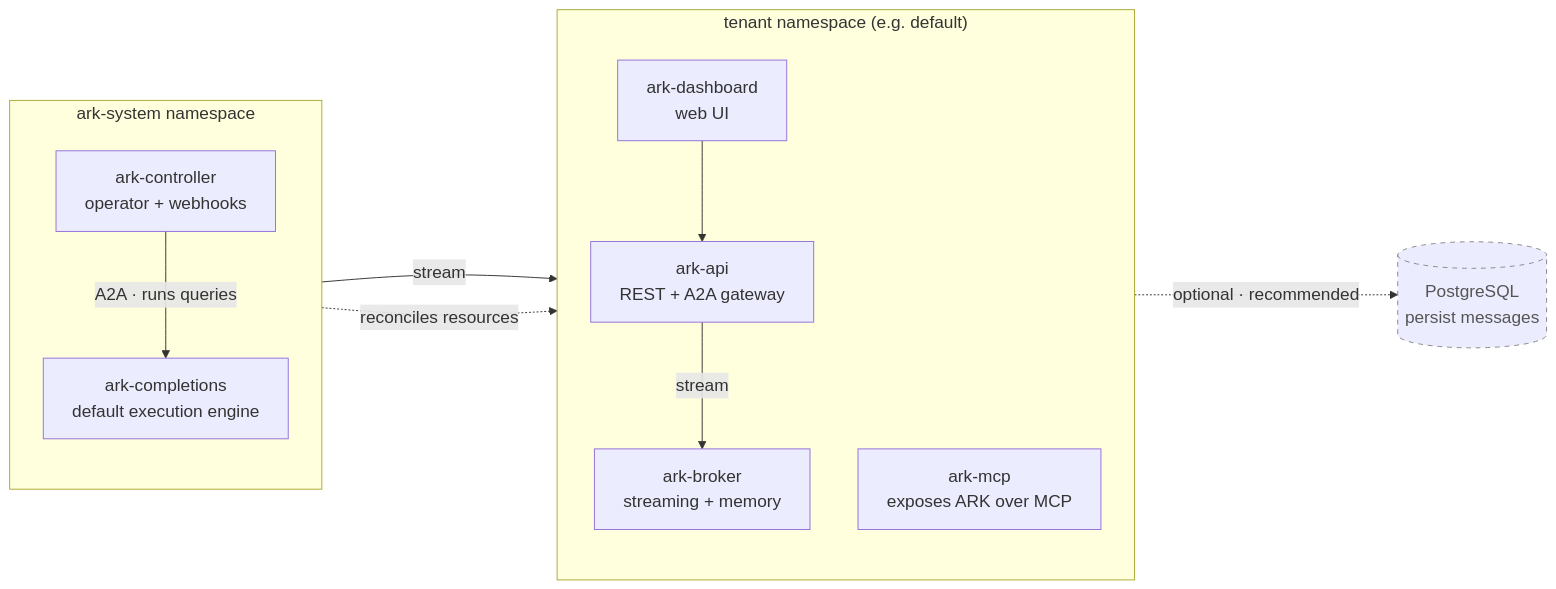
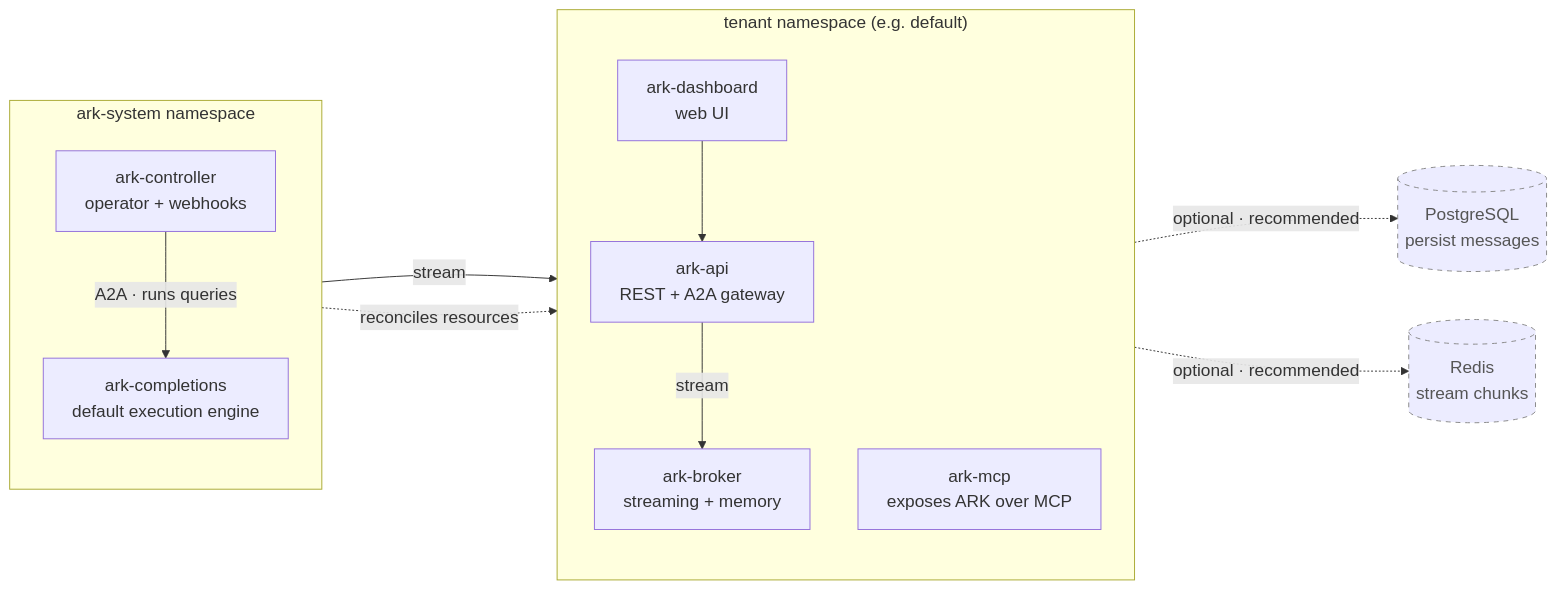
The diagram in docs/content/core-concepts/index.mdx (woss/fork-agents-at-scale-ark), drawn with Mermaid before and after one commit. The commit also changed 9 other files, not shown here.

First line of the commit message:
docs(broker): document Redis chunks backend (Phase 2) (#2725)

````diff
--- a/docs/content/core-concepts/index.mdx
+++ b/docs/content/core-concepts/index.mdx
@@ -49,29 +49,31 @@
 ```mermaid
 %%{init: {'themeVariables': {'fontSize': '18px'}, 'flowchart': {'rankSpacing': 80, 'nodeSpacing': 50}}}%%
 flowchart LR
     subgraph arksystem["ark-system namespace"]
         direction TB
         controller["ark-controller<br/>operator + webhooks"]
         completions["ark-completions<br/>default execution engine"]
     end
 
     subgraph tenant["tenant namespace (e.g. default)"]
         direction TB
         api["ark-api<br/>REST + A2A gateway"]
         dashboard["ark-dashboard<br/>web UI"]
         mcp["ark-mcp<br/>exposes ARK over MCP"]
         broker["ark-broker<br/>streaming + memory"]
     end
 
     postgres[("PostgreSQL<br/>persist messages")]
+    redis[("Redis<br/>stream chunks")]
 
     controller -->|"A2A · runs queries"| completions
     controller -.->|"reconciles resources"| tenant
     dashboard --> api
     api -->|"stream"| broker
     completions -->|"stream"| broker
     broker -.->|"optional · recommended"| postgres
+    broker -.->|"optional · recommended"| redis
 
     classDef optional stroke-dasharray:5 5,stroke:#888,color:#555;
-    class postgres optional;
+    class postgres,redis optional;
 ```
````
